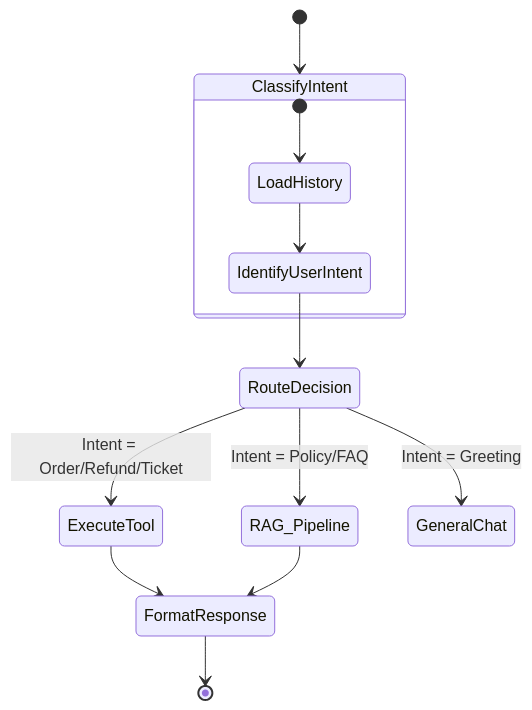
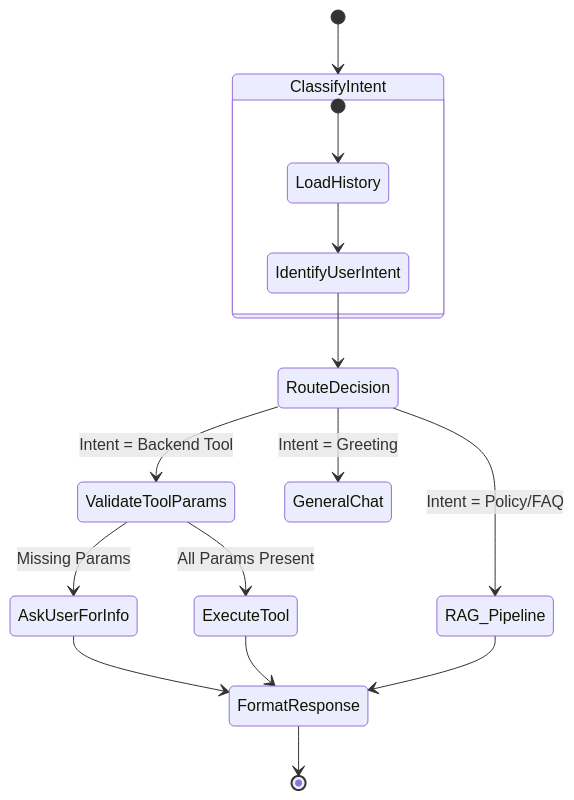
One commit to satvikvatsa196-hash/autonomous-customer-support-agent changed the second of 3 diagrams in README.md. Above: the diagram before and after it, drawn with Mermaid. The commit also changed other lines of this file and 5 other files, not shown here.

````diff
--- a/README.md
+++ b/README.md
@@ -34,20 +34,24 @@
 ```mermaid
 stateDiagram-v2
     [*] --> ClassifyIntent
     
     state ClassifyIntent {
         [*] --> LoadHistory
         LoadHistory --> IdentifyUserIntent
     }
     
     IdentifyUserIntent --> RouteDecision
     
-    RouteDecision --> ExecuteTool: Intent = Order/Refund/Ticket
+    RouteDecision --> ValidateToolParams: Intent = Backend Tool
+    ValidateToolParams --> ExecuteTool: All Params Present
+    ValidateToolParams --> AskUserForInfo: Missing Params
+    AskUserForInfo --> FormatResponse
+    
     RouteDecision --> RAG_Pipeline: Intent = Policy/FAQ
     RouteDecision --> GeneralChat: Intent = Greeting
     
     ExecuteTool --> FormatResponse
     RAG_Pipeline --> FormatResponse
     
     FormatResponse --> [*]
 ```
````
